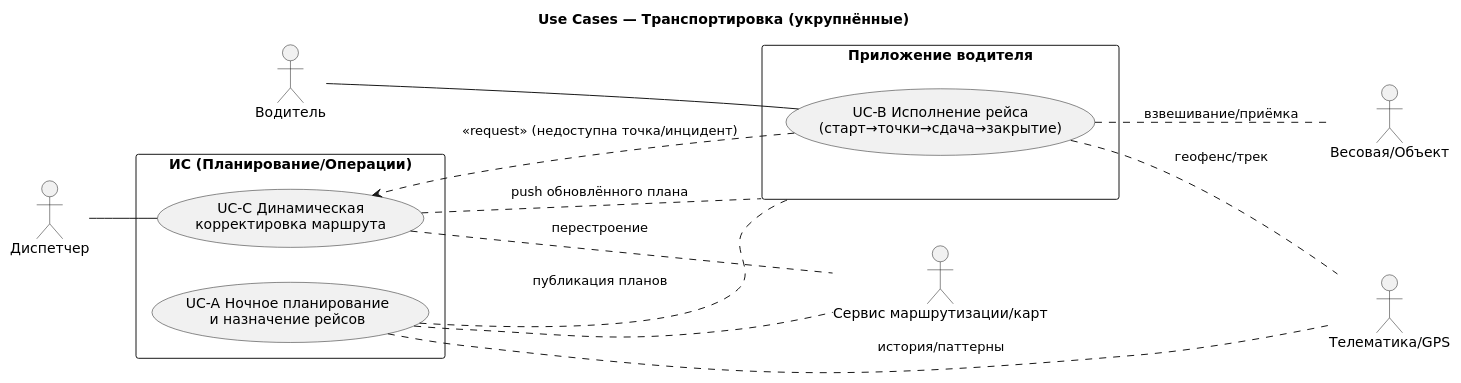
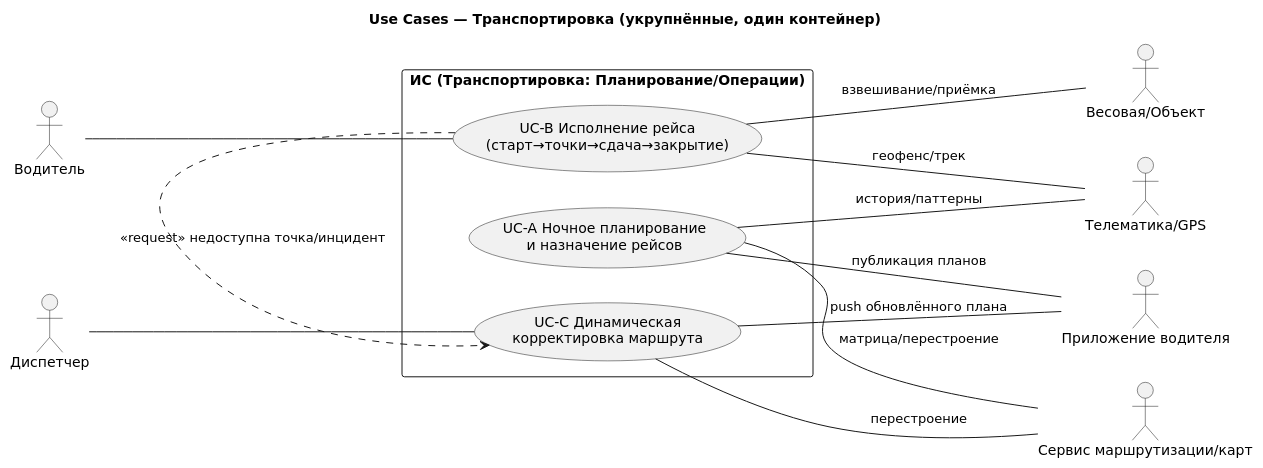
Before and after one commit to r4m63/Waste-Management: the diagram in docs/2/usecase.puml, drawn with PlantUML. The commit also changed 2 other files, not shown here.

```diff
--- a/docs/2/usecase.puml
+++ b/docs/2/usecase.puml
@@ -1,33 +1,33 @@
 @startuml
-title Use Cases — Транспортировка (укрупнённые)
+title Use Cases — Транспортировка (укрупнённые, один контейнер)
 left to right direction
 skinparam defaultFontName "DejaVu Sans"
 
 actor "Водитель" as Driver
 actor "Диспетчер" as Dispatcher
 actor "Телематика/GPS" as Telematics
 actor "Весовая/Объект" as Weighbridge
 actor "Сервис маршрутизации/карт" as Router
+actor "Приложение водителя" as DriverApp
 
-rectangle "ИС (Планирование/Операции)" as IS {
+rectangle "ИС (Транспортировка: Планирование/Операции)" as IS {
   usecase "UC-A Ночное планирование\nи назначение рейсов" as UCA
+  usecase "UC-B Исполнение рейса\n(старт→точки→сдача→закрытие)" as UCB
   usecase "UC-C Динамическая\nкорректировка маршрута" as UCC
 }
 
-rectangle "Приложение водителя" as App {
-  usecase "UC-B Исполнение рейса\n(старт→точки→сдача→закрытие)" as UCB
-}
-
+' --- Связи акторов с UC ---
 Driver -- UCB
 Dispatcher -- UCC
 
-UCA .. Router
-UCA .. Telematics : история/паттерны
-UCA .. App : публикация планов
+UCA -- Router : матрица/перестроение
+UCA -- Telematics : история/паттерны
+UCA -- DriverApp : публикация планов
 
-UCB .. Telematics : геофенс/трек
-UCB .. Weighbridge : взвешивание/приёмка
-UCB .> UCC : <<request>> (недоступна точка/инцидент)
-UCC .. Router : перестроение
-UCC .. App : push обновлённого плана
+UCB -- Telematics : геофенс/трек
+UCB -- Weighbridge : взвешивание/приёмка
+UCB .> UCC : <<request>> недоступна точка/инцидент
+
+UCC -- Router : перестроение
+UCC -- DriverApp : push обновлённого плана
 @enduml
```
